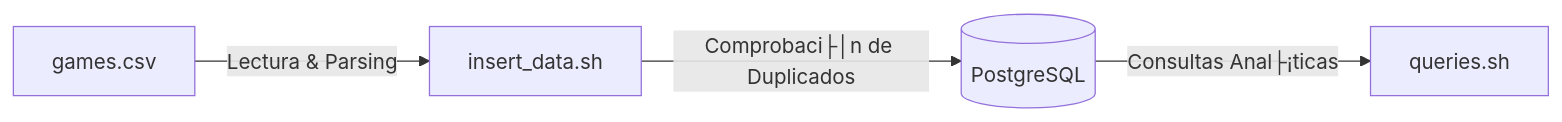
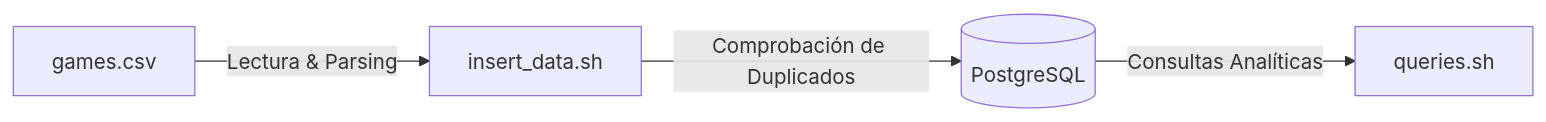
The diagram in README.es.md (Akisolu/world-cup-database), drawn with Mermaid before and after one commit. The commit also changed other lines of this file, not shown here.

````diff
--- a/README.es.md
+++ b/README.es.md
@@ -11,6 +10,6 @@
 ```mermaid
 flowchart LR
     A[games.csv] -->|Lectura & Parsing| B[insert_data.sh]
-    B -->|Comprobaci├│n de Duplicados| C[(PostgreSQL)]
-    C -->|Consultas Anal├¡ticas| D[queries.sh]
+    B -->|Comprobación de Duplicados| C[(PostgreSQL)]
+    C -->|Consultas Analíticas| D[queries.sh]
 ```
````
